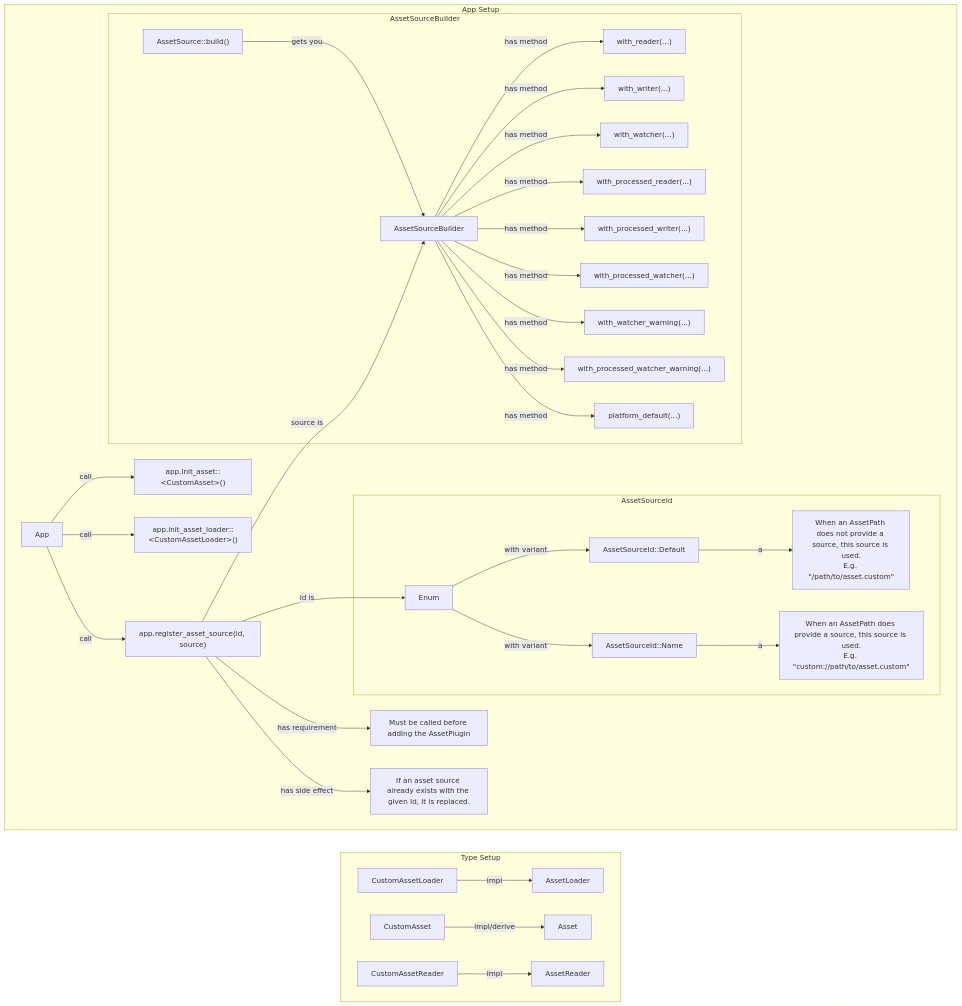
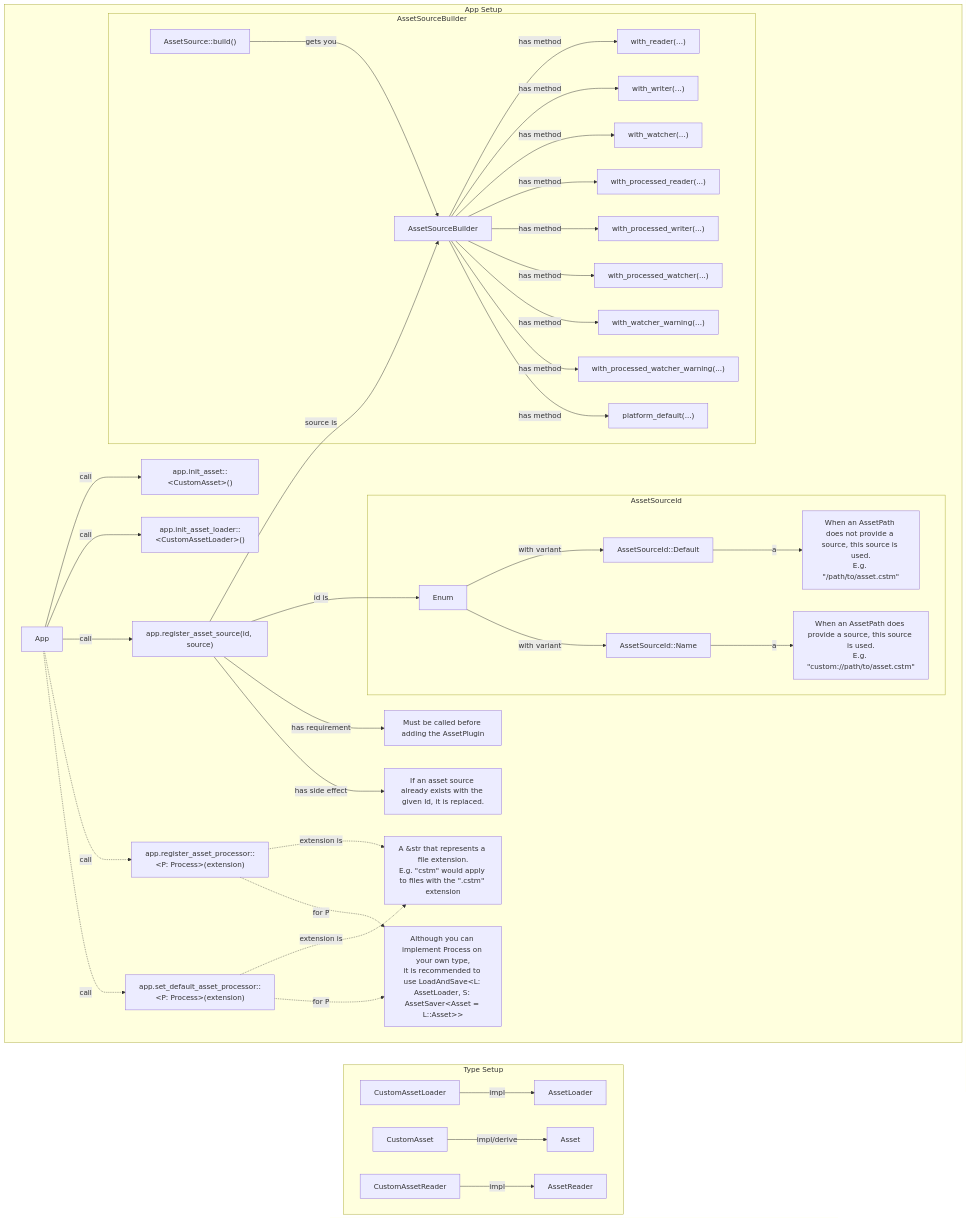
The diagram in README.md (thepackett/BevyAssetsScratchpad), drawn with Mermaid before and after one commit. The commit also changed other lines of this file, not shown here.

Commit message:
Further expanded graph

````diff
--- a/README.md
+++ b/README.md
@@ -4,67 +4,77 @@
 ```mermaid
 graph TD
 subgraph AppSetup[App Setup]
   direction LR
   app -->|call| init_asset
   app -->|call| init_asset_loader
   app -->|call| register_asset_source
+  app -.->|call| register_asset_processor
+  app -.->|call| set_default_asset_processor
   register_asset_source -->|id is| asset_source_id
   register_asset_source -->|source is| asset_source_builder
   register_asset_source -->|has requirement| register_asset_source_note_requirement
   register_asset_source -->|has side effect| register_asset_source_note_side_effect
+  register_asset_processor -.->|extension is| asset_processor_extension
+  register_asset_processor -.->|for P| processor_note
+  set_default_asset_processor -.->|extension is| asset_processor_extension
+  set_default_asset_processor -.->|for P| processor_note
   app["App"]
   init_asset["app.init_asset::&lt;CustomAsset&gt;()"]
   init_asset_loader["app.init_asset_loader::&lt;CustomAssetLoader&gt;()"]
   register_asset_source["app.register_asset_source(id, source)"]
+  register_asset_processor["app.register_asset_processor::&lt;P: Process&gt;(extension)"]
+  set_default_asset_processor["app.set_default_asset_processor::&lt;P: Process&gt;(extension)"]
   register_asset_source_note_requirement["Must be called before adding the AssetPlugin"]
   register_asset_source_note_side_effect["If an asset source already exists with the given Id, it is replaced."]
+  asset_processor_extension["A &str that represents a file extension.\nE.g. &quot;cstm&quot; would apply to files with the &quot;.cstm&quot; extension"]
+  processor_note["Although you can implement Process on your own type,\nit is recommended to use LoadAndSave&lt;L: AssetLoader, S: AssetSaver&lt;Asset = L::Asset&gt;&gt;"]
   subgraph AssetSourceId
     asset_source_id -->|with variant| asset_source_id_default
     asset_source_id -->|with variant| asset_source_id_name
     asset_source_id_default -->|a| asset_source_id_default_explanation
     asset_source_id_name -->|a| asset_source_id_name_explanation
     asset_source_id["Enum"]
     asset_source_id_default["AssetSourceId::Default"]
     asset_source_id_name["AssetSourceId::Name"]
-    asset_source_id_default_explanation["When an AssetPath does not provide a source, this source is used.\nE.g. &quot;/path/to/asset.custom&quot;"]
-    asset_source_id_name_explanation["When an AssetPath does provide a source, this source is used.\nE.g. &quot;custom://path/to/asset.custom&quot;"]
+    asset_source_id_default_explanation["When an AssetPath does not provide a source, this source is used.\nE.g. &quot;/path/to/asset.cstm&quot;"]
+    asset_source_id_name_explanation["When an AssetPath does provide a source, this source is used.\nE.g. &quot;custom://path/to/asset.cstm&quot;"]
   end
   subgraph AssetSourceBuilder
     asset_source_builder_get -->|gets you| asset_source_builder
     asset_source_builder -->|has method| asset_source_builder_with_reader
     asset_source_builder -->|has method| asset_source_builder_with_writer
     asset_source_builder -->|has method| asset_source_builder_with_watcher
     asset_source_builder -->|has method| asset_source_builder_with_processed_reader
     asset_source_builder -->|has method| asset_source_builder_with_processed_writer
     asset_source_builder -->|has method| asset_source_builder_with_processed_watcher
     asset_source_builder -->|has method| asset_source_builder_with_watcher_warning
     asset_source_builder -->|has method| asset_source_builder_with_processed_watcher_warning
     asset_source_builder -->|has method| asset_source_builder_platform_default
 
     asset_source_builder["AssetSourceBuilder"]
     asset_source_builder_get["AssetSource::build()"]
     asset_source_builder_with_reader["with_reader(...)"]
     asset_source_builder_with_writer["with_writer(...)"]
     asset_source_builder_with_watcher["with_watcher(...)"]
     asset_source_builder_with_processed_reader["with_processed_reader(...)"]
     asset_source_builder_with_processed_writer["with_processed_writer(...)"]
     asset_source_builder_with_processed_watcher["with_processed_watcher(...)"]
     asset_source_builder_with_watcher_warning["with_watcher_warning(...)"]
     asset_source_builder_with_processed_watcher_warning["with_processed_watcher_warning(...)"]
     asset_source_builder_platform_default["platform_default(...)"]
   end
 end
 subgraph TypeSetup[Type Setup]
   direction LR
   custom_asset_loader -->|impl| asset_loader
   custom_asset -->|impl/derive| asset
   custom_asset_reader -->|impl| asset_reader
   custom_asset_loader["CustomAssetLoader"]
   custom_asset_reader["CustomAssetReader"]
   asset_loader["AssetLoader"]
   asset_reader["AssetReader"]
   custom_asset["CustomAsset"]
   asset["Asset"]
 end
 AppSetup ~~~ TypeSetup
 ```
````
